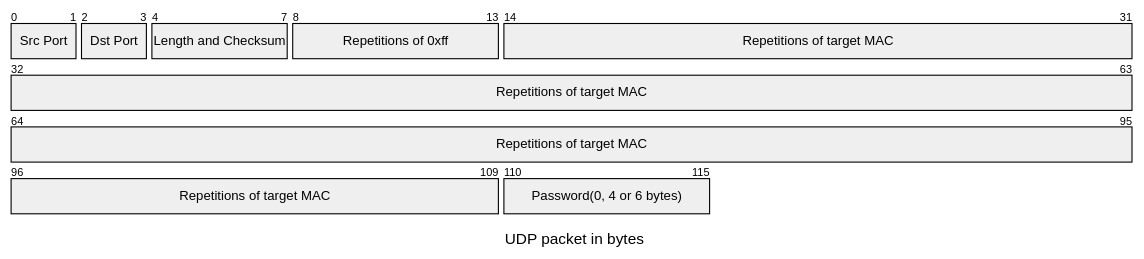
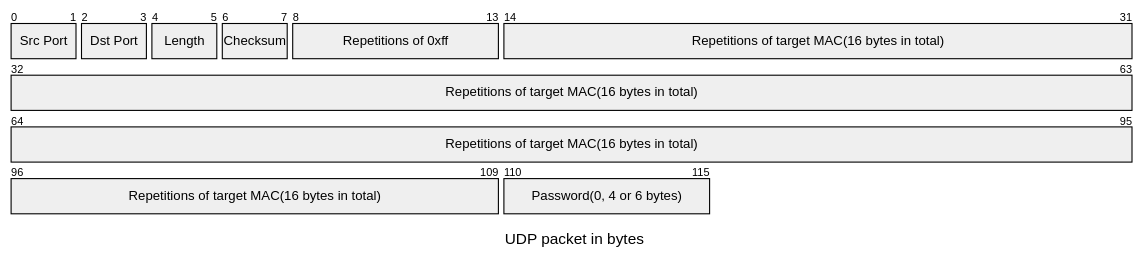
Before and after one commit to sonic-net/SONiC: the second of 2 diagrams in doc/wol/Wake-on-LAN-HLD.md, drawn with Mermaid. The commit also changed other lines of this file, not shown here.

````diff
--- a/doc/wol/Wake-on-LAN-HLD.md
+++ b/doc/wol/Wake-on-LAN-HLD.md
@@ -107,14 +102,13 @@
 ```mermaid
 ---
-config:
-    bitsPerRow: 64
 title: UDP packet in bytes
 ---
 packet-beta
 0-1: "Src Port"
 2-3: "Dst Port"
-4-7: "Length and Checksum"
+4-5: "Length"
+6-7: "Checksum"
 8-13: "Repetitions of 0xff"
-14-109: "Repetitions of target MAC"
+14-109: "Repetitions of target MAC(16 bytes in total)"
 110-115: "Password(0, 4 or 6 bytes)"
 ```
````
